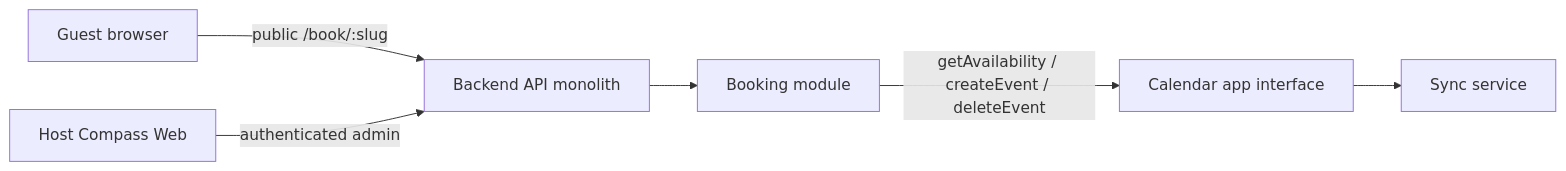
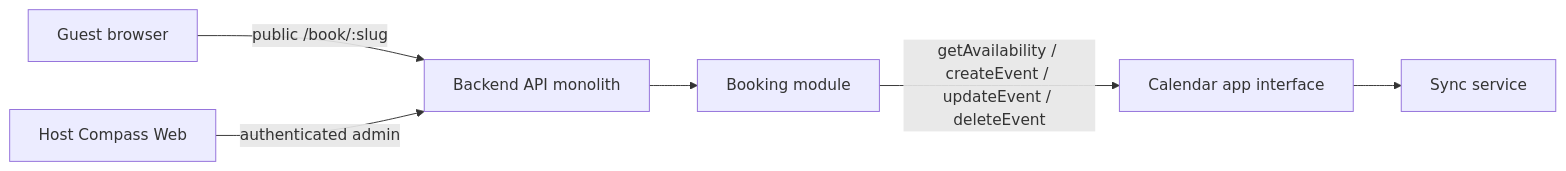
One commit to SwitchbackTech/compass changed the second of 2 diagrams in docs/features/booking.md. Above: the diagram before and after it, drawn with Mermaid. The commit also changed other lines of this file and 3 other files, not shown here.

````diff
--- a/docs/features/booking.md
+++ b/docs/features/booking.md
@@ -230,15 +267,15 @@
 ```mermaid
 flowchart LR
   guest[Guest browser]
   host[Host Compass Web]
   api[Backend API monolith]
   booking[Booking module]
   calendar[Calendar app interface]
   sync[Sync service]
 
   guest -->|"public /book/:slug"| api
   host -->|authenticated admin| api
   api --> booking
-  booking -->|"getAvailability / createEvent / deleteEvent"| calendar
+  booking -->|"getAvailability / createEvent / updateEvent / deleteEvent"| calendar
   calendar --> sync
 ```
````
